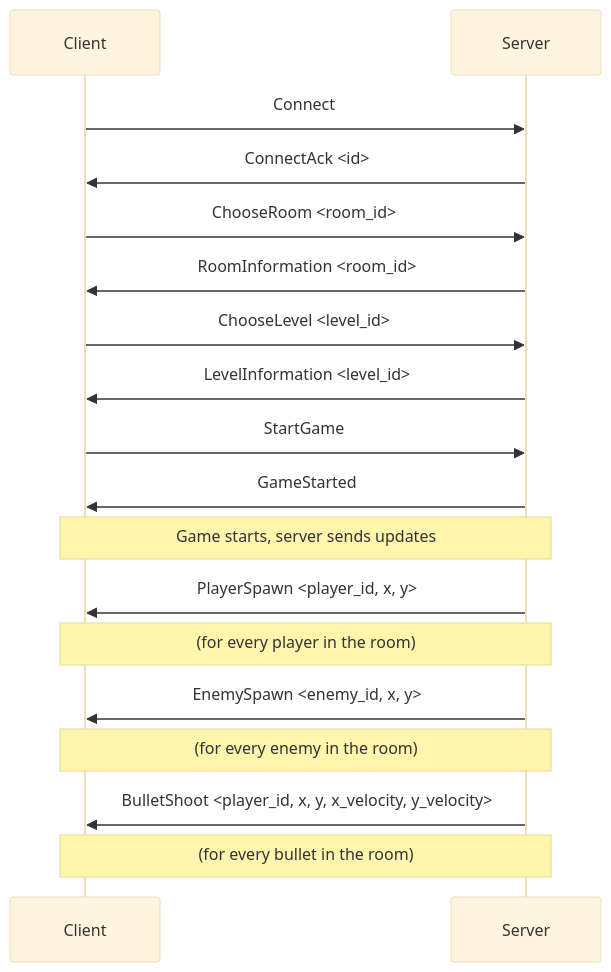
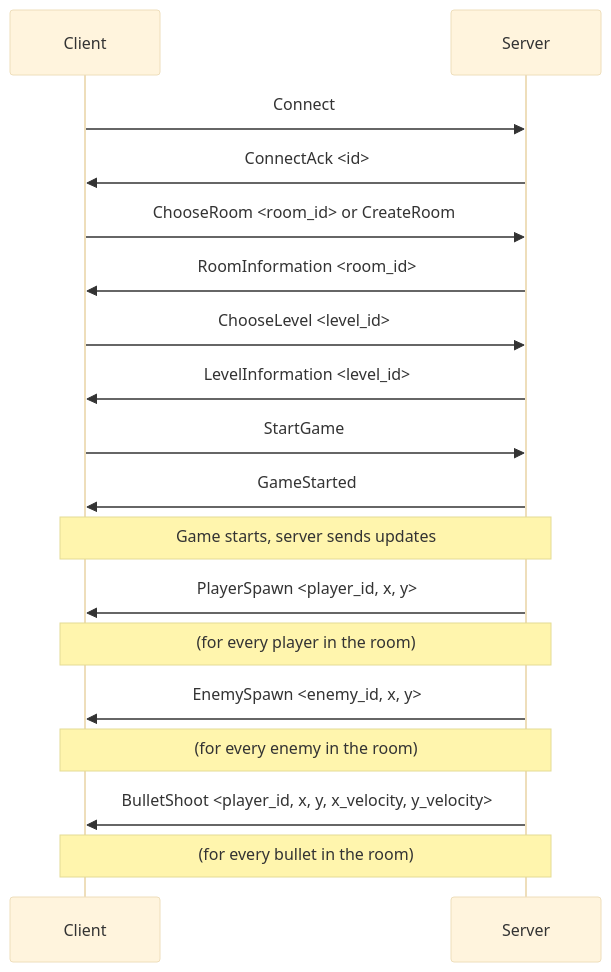
One commit to Miou-zora/R-Type changed the first of 2 diagrams in docs/PROTOCOL.md. Above: the diagram before and after it, drawn with Mermaid (base theme). The commit also changed other lines of this file, not shown here.

Commit message:
docs(protocol): add the CreateRoom message (#64)

````diff
--- a/docs/PROTOCOL.md
+++ b/docs/PROTOCOL.md
@@ -117,20 +118,20 @@
 ```mermaid
 sequenceDiagram
     participant C as Client
     participant S as Server
     C->>S: Connect
     S->>C: ConnectAck <id>
-    C->>S: ChooseRoom <room_id>
+    C->>S: ChooseRoom <room_id> or CreateRoom
     S->>C: RoomInformation <room_id>
     C->>S: ChooseLevel <level_id>
     S->>C: LevelInformation <level_id>
     C->>S: StartGame
     S->>C: GameStarted
     Note over C,S: Game starts, server sends updates
     S->>C: PlayerSpawn <player_id, x, y>
     Note over C,S: (for every player in the room)
     S->>C: EnemySpawn <enemy_id, x, y>
     Note over C,S: (for every enemy in the room)
     S->>C: BulletShoot <player_id, x, y, x_velocity, y_velocity>
     Note over C,S: (for every bullet in the room)
 ```
````
